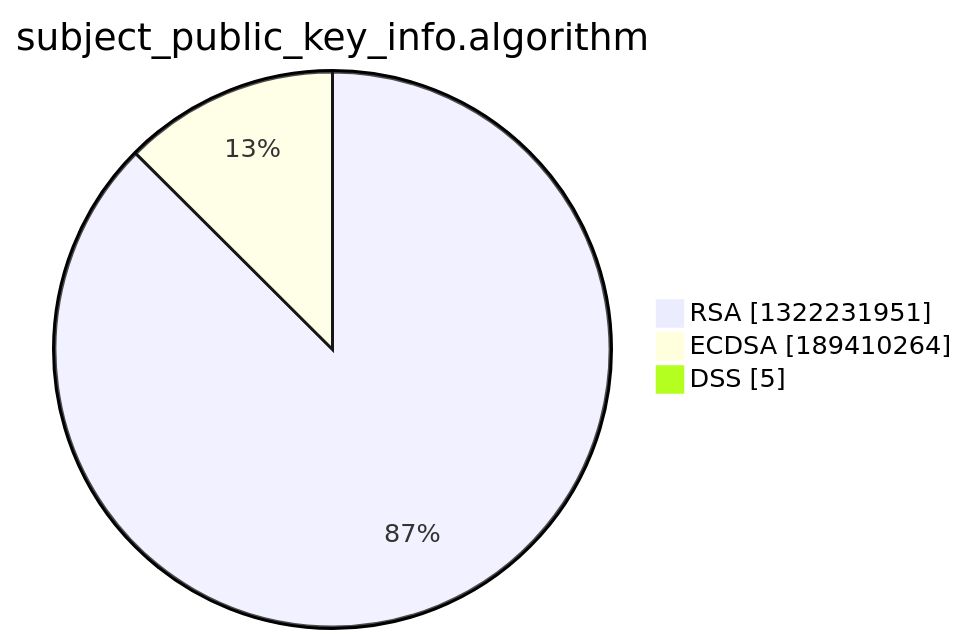
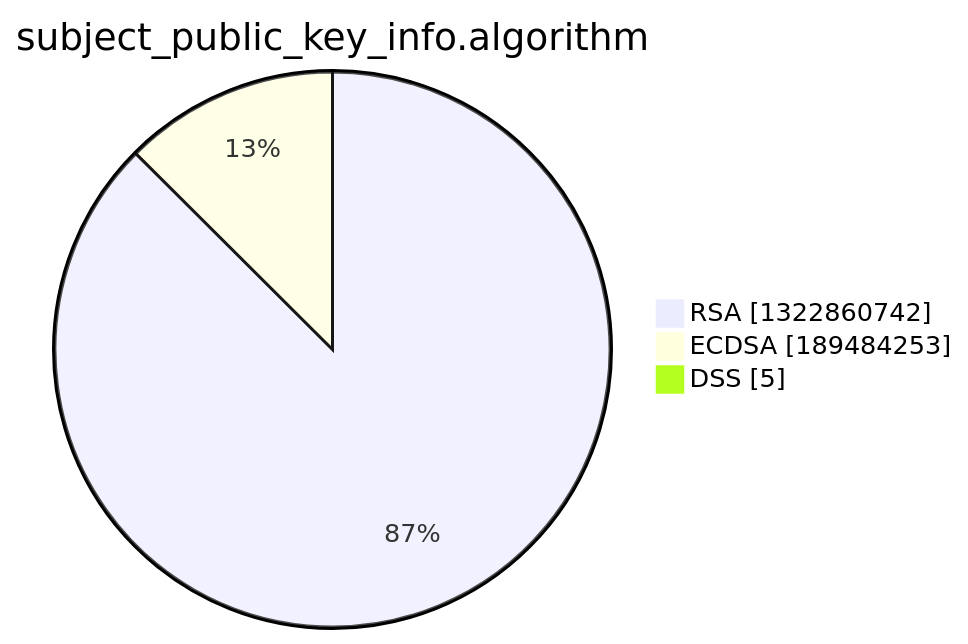
One commit to christiankrug/ctmonitor_visualization changed the third of 15 diagrams in xenon2022/README.md. Above: the diagram before and after it, drawn with Mermaid. The commit also changed other lines of this file, not shown here.

````diff
--- a/xenon2022/README.md
+++ b/xenon2022/README.md
@@ -14,7 +14,7 @@
 ```mermaid
 pie showData
 title subject_public_key_info.algorithm
-"RSA" :1322231951
-"ECDSA" :189410264
+"RSA" :1322860742
+"ECDSA" :189484253
 "DSS" :5
 ```
````
